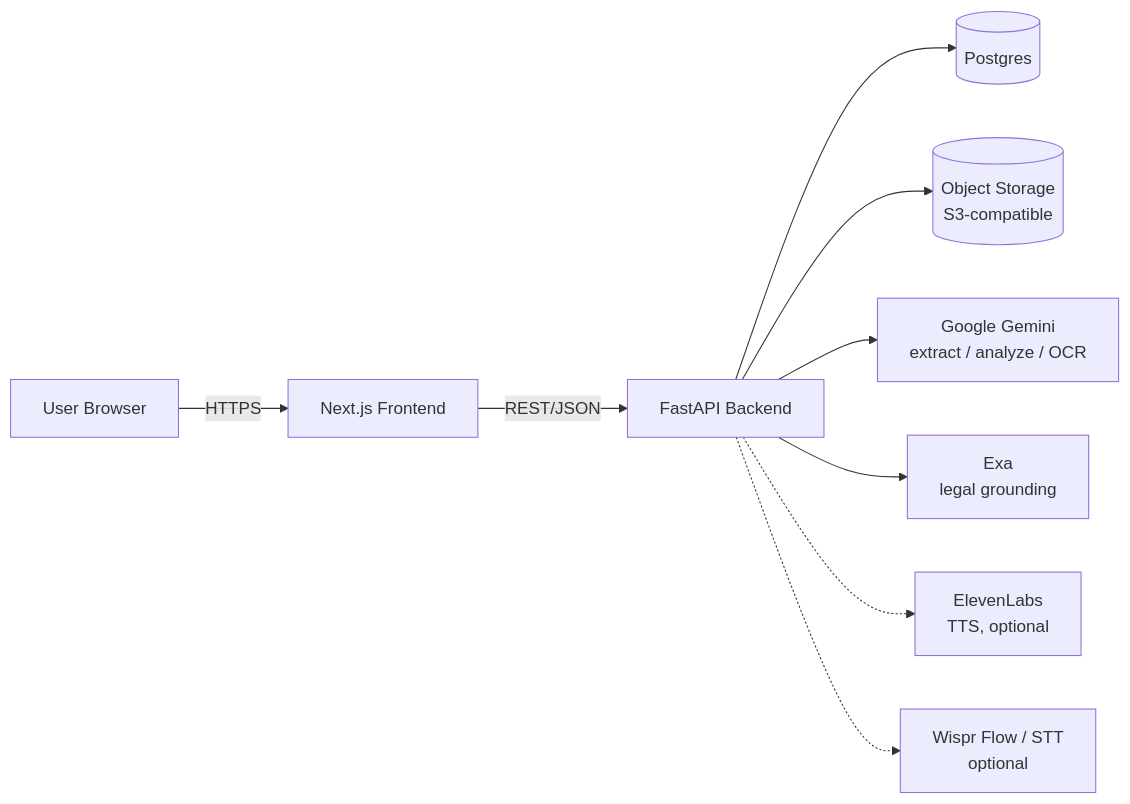
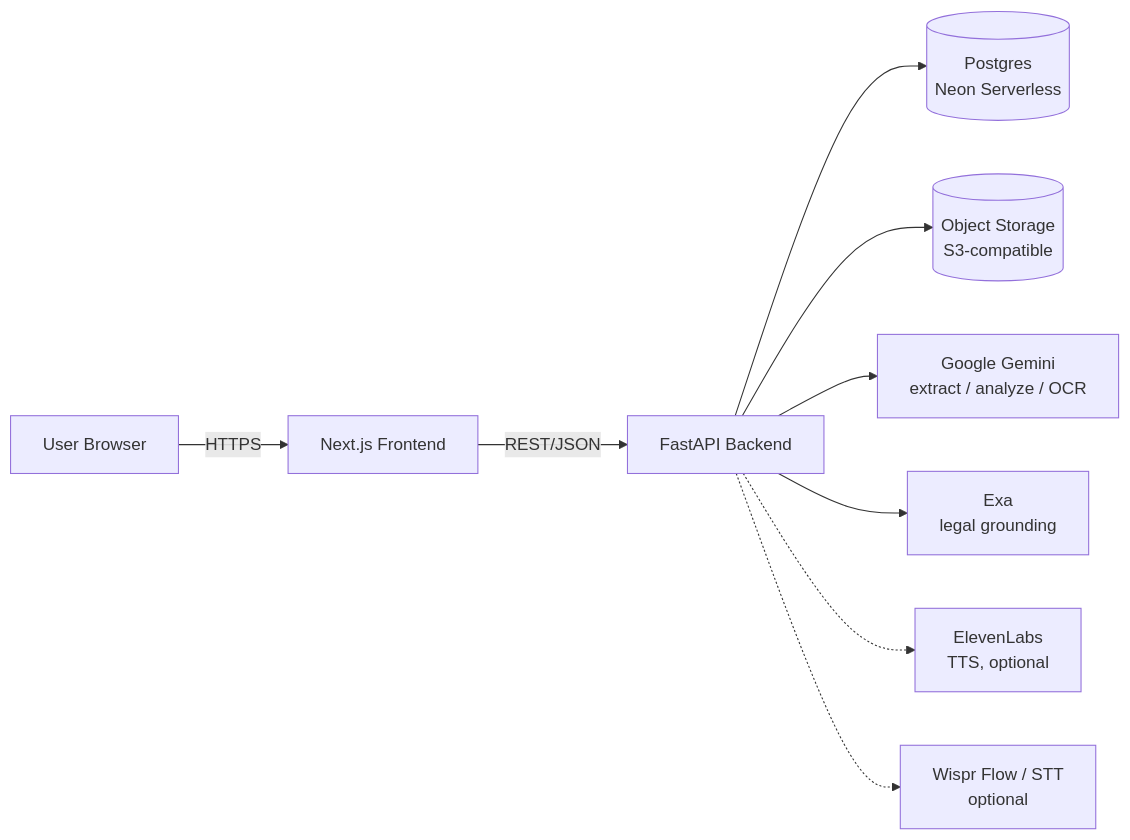
The diagram in lexo/docs/ARCHITECTURE.md (DhrumilPrajapati03/VectorMinds), drawn with Mermaid before and after one commit. The commit also changed other lines of this file and 17 other files, not shown here.

````diff
--- a/lexo/docs/ARCHITECTURE.md
+++ b/lexo/docs/ARCHITECTURE.md
@@ -18,21 +18,21 @@
 ```mermaid
 flowchart LR
     User[User Browser]
     FE[Next.js Frontend]
     BE[FastAPI Backend]
-    DB[(Postgres)]
+    DB[(Postgres<br/>Neon Serverless)]
     Blob[(Object Storage<br/>S3-compatible)]
     Gemini[Google Gemini<br/>extract / analyze / OCR]
     Exa[Exa<br/>legal grounding]
     Eleven[ElevenLabs<br/>TTS, optional]
     Wispr[Wispr Flow / STT<br/>optional]
 
     User -->|HTTPS| FE
     FE -->|REST/JSON| BE
     BE --> DB
     BE --> Blob
     BE --> Gemini
     BE --> Exa
     BE -.-> Eleven
     BE -.-> Wispr
 ```
````
